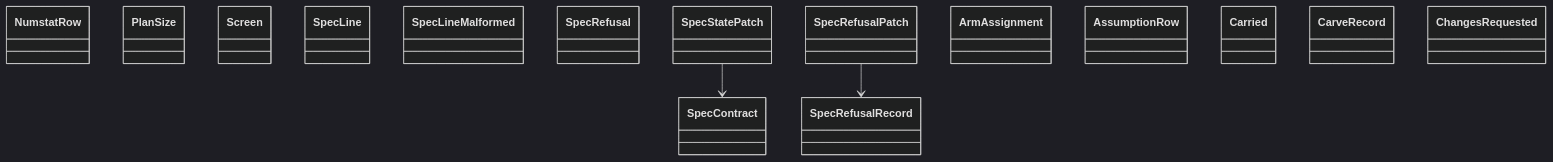
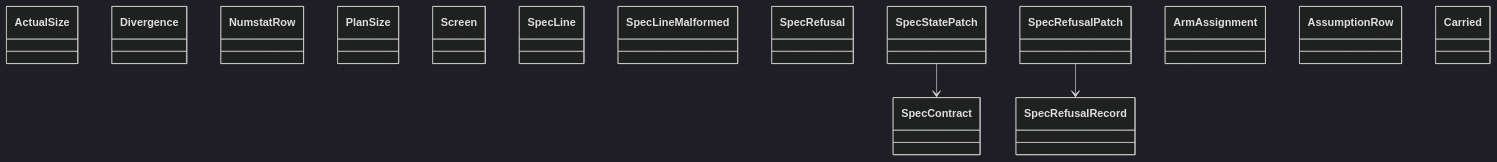
Before and after one commit to GonzaloZevallos/agentic-system: the diagram in docs/architecture/generated/classes-process-domain-state-3.md, drawn with Mermaid (dark theme). The commit also changed other lines of this file and 9 other files, not shown here.

````diff
--- a/docs/architecture/generated/classes-process-domain-state-3.md
+++ b/docs/architecture/generated/classes-process-domain-state-3.md
@@ -29,20 +29,20 @@
 ```mermaid
 classDiagram
+    class size_budget__ActualSize["ActualSize"]
+    class size_budget__Divergence["Divergence"]
     class size_budget__NumstatRow["NumstatRow"]
     class size_budget__PlanSize["PlanSize"]
     class spec_delivery__Screen["Screen"]
     class spec_delivery__SpecContract["SpecContract"]
     class spec_delivery__SpecLine["SpecLine"]
     class spec_delivery__SpecLineMalformed["SpecLineMalformed"]
     class spec_delivery__SpecRefusal["SpecRefusal"]
     class spec_delivery__SpecRefusalRecord["SpecRefusalRecord"]
     class spec_delivery__SpecStatePatch["SpecStatePatch"]
     class spec_route__SpecRefusalPatch["SpecRefusalPatch"]
     class task__ArmAssignment["ArmAssignment"]
     class task__AssumptionRow["AssumptionRow"]
     class task__Carried["Carried"]
-    class task__CarveRecord["CarveRecord"]
-    class task__ChangesRequested["ChangesRequested"]
     spec_delivery__SpecStatePatch --> spec_delivery__SpecContract
     spec_route__SpecRefusalPatch --> spec_delivery__SpecRefusalRecord
 ```
````
